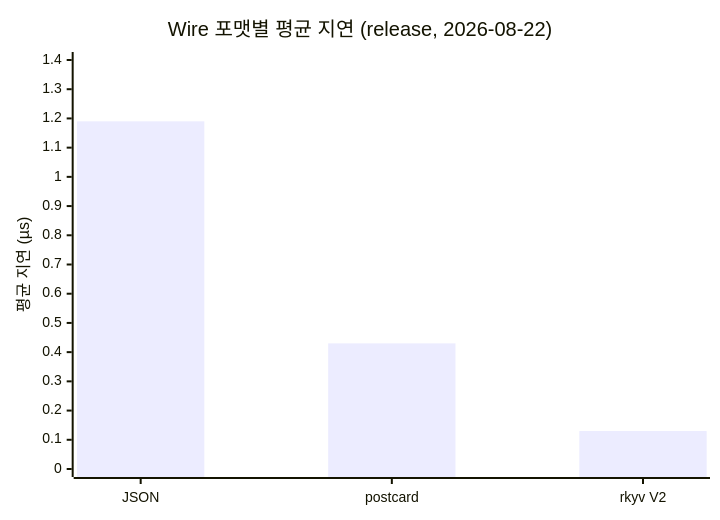
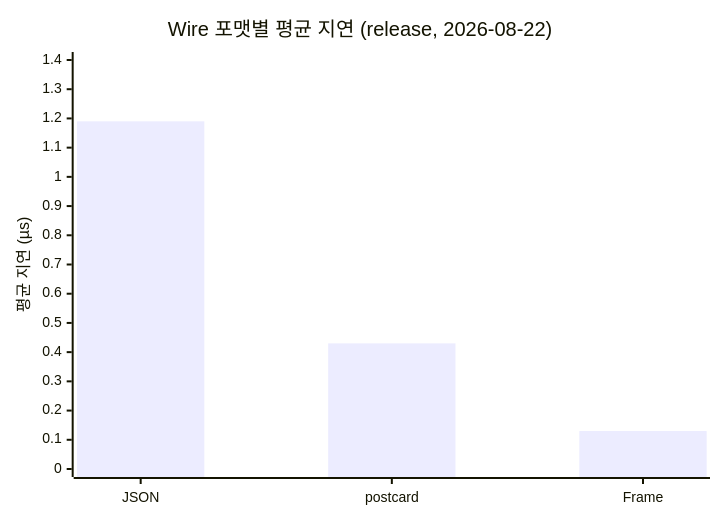
The first of 2 diagrams in docs/benchmarks.ko.md (loopy-lim/rustra), drawn with Mermaid before and after one commit. The commit also changed other lines of this file and 47 other files, not shown here.

First line of the commit message:
docs: switch to the Frame naming — restrict the old rkyv V2 mentions to wire-format, glossary, and the migration table

````diff
--- a/docs/benchmarks.ko.md
+++ b/docs/benchmarks.ko.md
@@ -229,7 +229,7 @@
 ```mermaid
 xychart-beta
     title "Wire 포맷별 평균 지연 (release, 2026-08-22)"
-    x-axis ["JSON", "postcard", "rkyv V2"]
+    x-axis ["JSON", "postcard", "Frame"]
     y-axis "평균 지연 (µs)" 0 --> 1.4
     bar [1.19, 0.43, 0.13]
 ```
````
